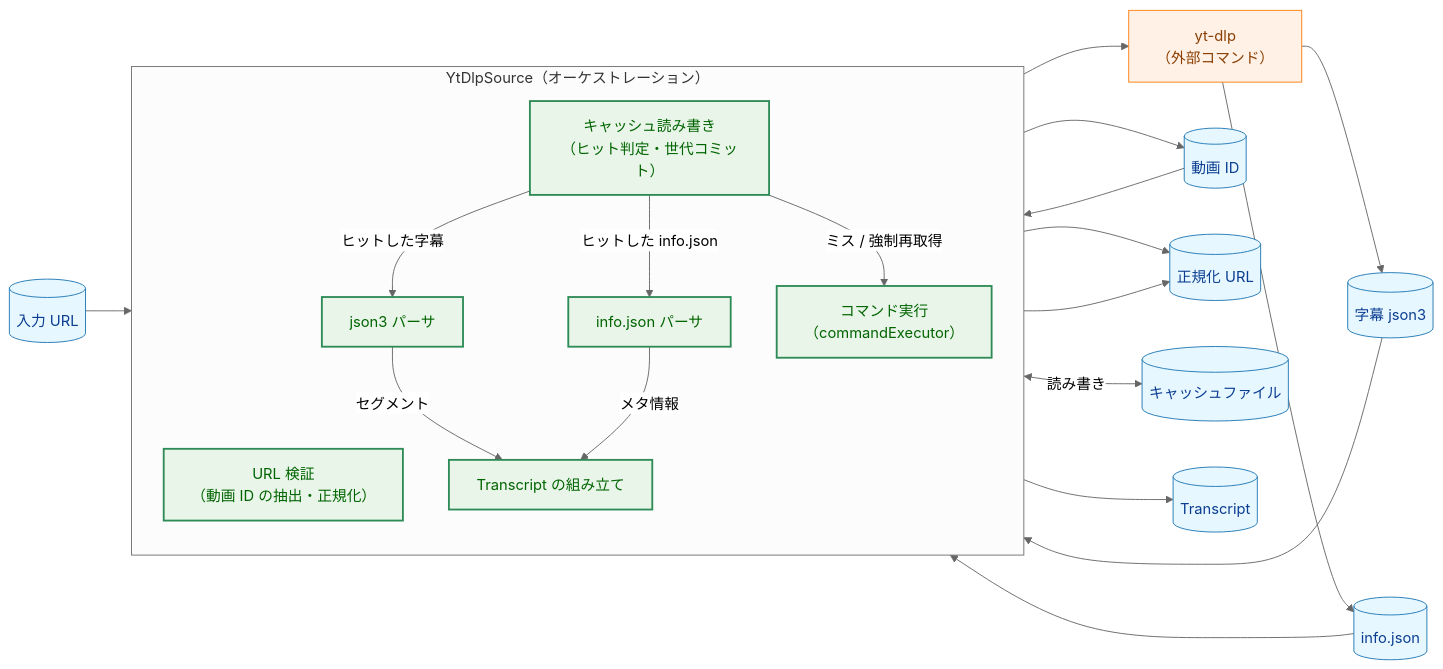
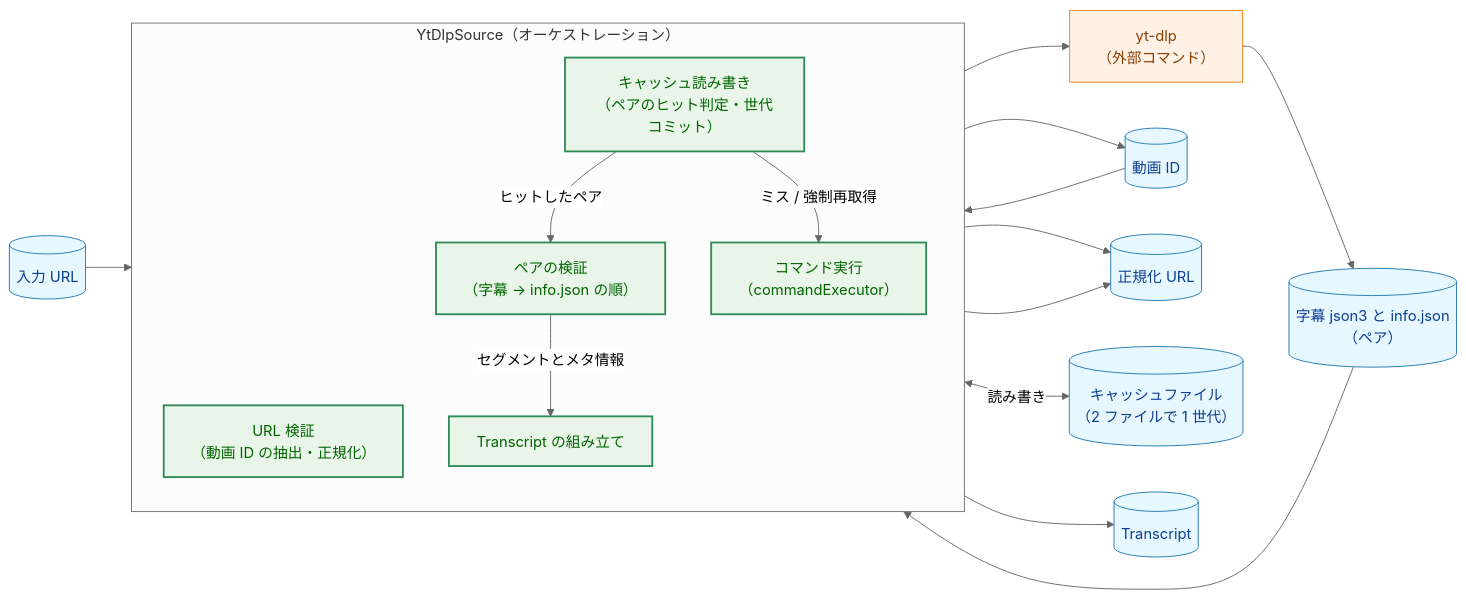
Before and after one commit to isseis/yt2column: the first of 11 diagrams in docs/tasks/0002_ytdlp_transcript_source/02_architecture.md, drawn with Mermaid (neutral theme). The commit also changed other lines of this file, not shown here.

Commit message:
docs(0002): treat subtitles and info.json as one pair
The two files are always validated and cached as a pair, so the
concept model now shows a single "pair validation" step fed by either
the cached pair or the yt-dlp pair, with the format-specific parsers
inside it. Section 3.3/3.4/3.5 and the responsibility table are
aligned.

````diff
--- a/docs/tasks/0002_ytdlp_transcript_source/02_architecture.md
+++ b/docs/tasks/0002_ytdlp_transcript_source/02_architecture.md
@@ -26,48 +26,42 @@
 ```mermaid
 flowchart LR
     classDef data fill:#e6f7ff,stroke:#1f77b4,stroke-width:1px,color:#0b3d91;
     classDef enhanced fill:#e8f5e8,stroke:#2e8b57,stroke-width:2px,color:#006400;
     classDef process fill:#fff1e6,stroke:#ff7f0e,stroke-width:1px,color:#8a3e00;
 
     URL[("入力 URL")]
 
     subgraph SRC["YtDlpSource（オーケストレーション）"]
         direction TB
         VID["URL 検証<br>（動画 ID の抽出・正規化）"]
-        CACHE["キャッシュ読み書き<br>（ヒット判定・世代コミット）"]
+        CACHE["キャッシュ読み書き<br>（ペアのヒット判定・世代コミット）"]
         RUN["コマンド実行<br>（commandExecutor）"]
-        J3["json3 パーサ"]
-        IJ["info.json パーサ"]
+        PARSE["ペアの検証<br>（字幕 → info.json の順）"]
         ASM["Transcript の組み立て"]
     end
 
     YTDLP["yt-dlp<br>（外部コマンド）"]
     ID[("動画 ID")]
     NURL[("正規化 URL")]
-    SUB[("字幕 json3")]
-    INF[("info.json")]
-    CF[("キャッシュファイル")]
+    PAIR[("字幕 json3 と info.json<br>（ペア）")]
+    CF[("キャッシュファイル<br>（2 ファイルで 1 世代）")]
     TC[("Transcript")]
 
     URL --> VID
     VID --> ID
     VID --> NURL
     ID --> CACHE
-    CACHE -->|"ヒットした字幕"| J3
-    CACHE -->|"ヒットした info.json"| IJ
+    CACHE -->|"ヒットしたペア"| PARSE
     CACHE -->|"ミス / 強制再取得"| RUN
     RUN --> NURL
     RUN --> YTDLP
-    YTDLP --> SUB
-    YTDLP --> INF
-    SUB --> J3
-    INF --> IJ
-    J3 -->|"セグメント"| ASM
-    IJ -->|"メタ情報"| ASM
+    YTDLP --> PAIR
+    PAIR --> PARSE
+    PARSE -->|"セグメントとメタ情報"| ASM
     ASM --> TC
     CACHE <-->|"読み書き"| CF
 
-    class URL,ID,NURL,SUB,INF,CF,TC data
-    class VID,CACHE,RUN,J3,IJ,ASM enhanced
+    class URL,ID,NURL,PAIR,CF,TC data
+    class VID,CACHE,RUN,PARSE,ASM enhanced
     class YTDLP process
 ```
````
